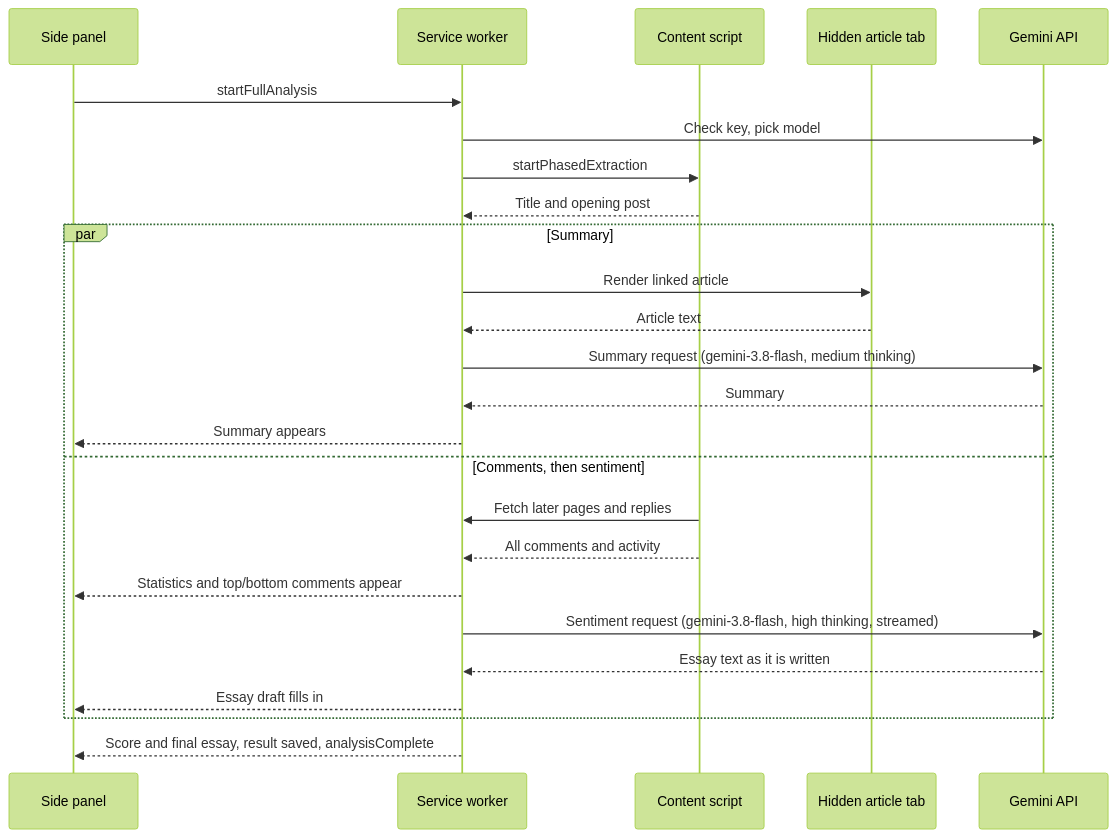
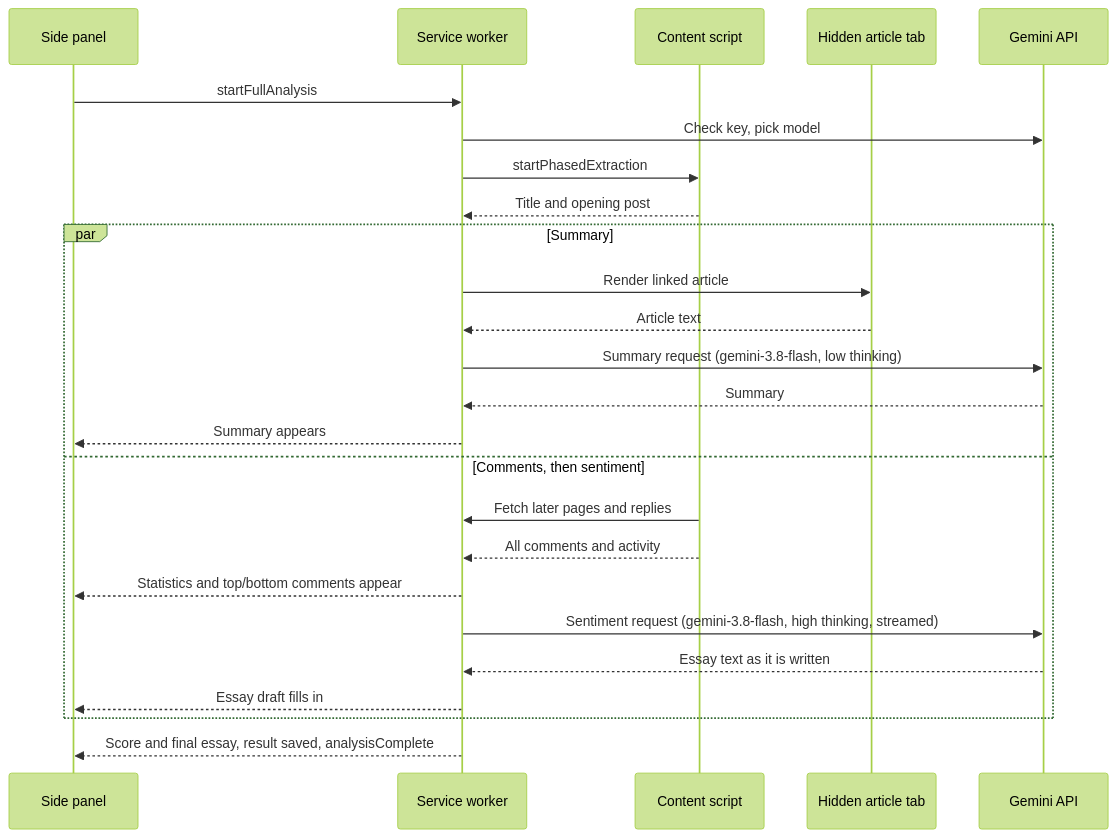
The diagram in README.md (JGKarlin/girlsinsight), drawn with Mermaid (forest theme) before and after one commit. The commit also changed other lines of this file and 2 other files, not shown here.

First line of the commit message:
Ask for one continuous summary; summary back to low thinking

````diff
--- a/README.md
+++ b/README.md
@@ -103,28 +103,28 @@
 ```mermaid
 sequenceDiagram
     participant P as Side panel
     participant B as Service worker
     participant C as Content script
     participant T as Hidden article tab
     participant G as Gemini API
 
     P->>B: startFullAnalysis
     B->>G: Check key, pick model
     B->>C: startPhasedExtraction
     C-->>B: Title and opening post
     par Summary
         B->>T: Render linked article
         T-->>B: Article text
-        B->>G: Summary request (gemini-3.8-flash, medium thinking)
+        B->>G: Summary request (gemini-3.8-flash, low thinking)
         G-->>B: Summary
         B-->>P: Summary appears
     and Comments, then sentiment
         C->>B: Fetch later pages and replies
         C-->>B: All comments and activity
         B-->>P: Statistics and top/bottom comments appear
         B->>G: Sentiment request (gemini-3.8-flash, high thinking, streamed)
         G-->>B: Essay text as it is written
         B-->>P: Essay draft fills in
     end
     B-->>P: Score and final essay, result saved, analysisComplete
 ```
````
